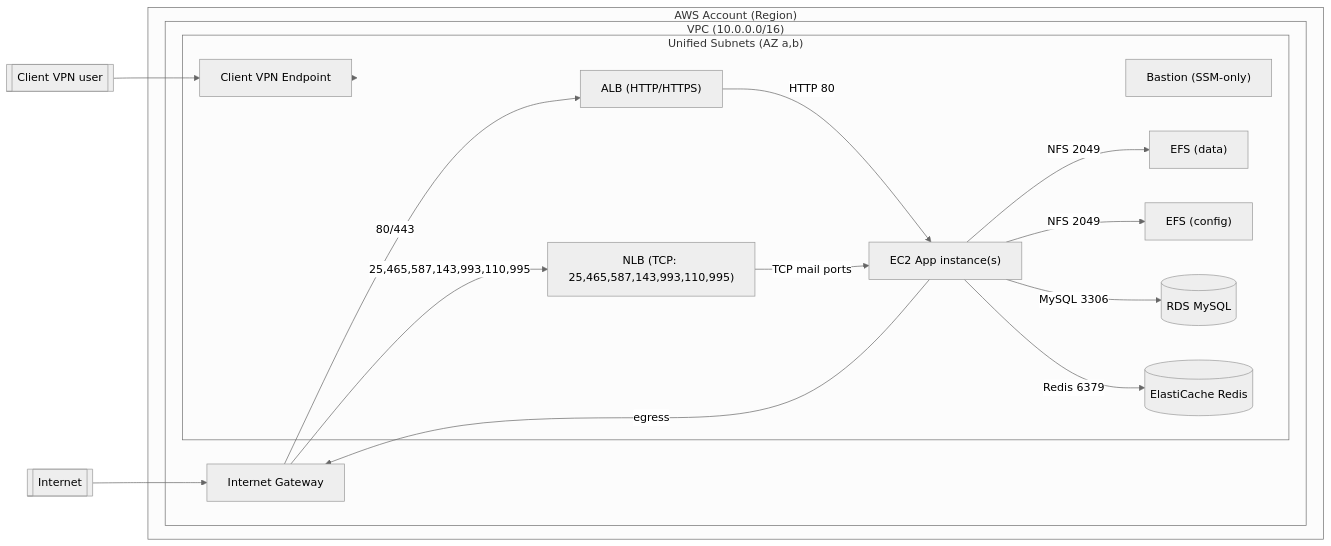
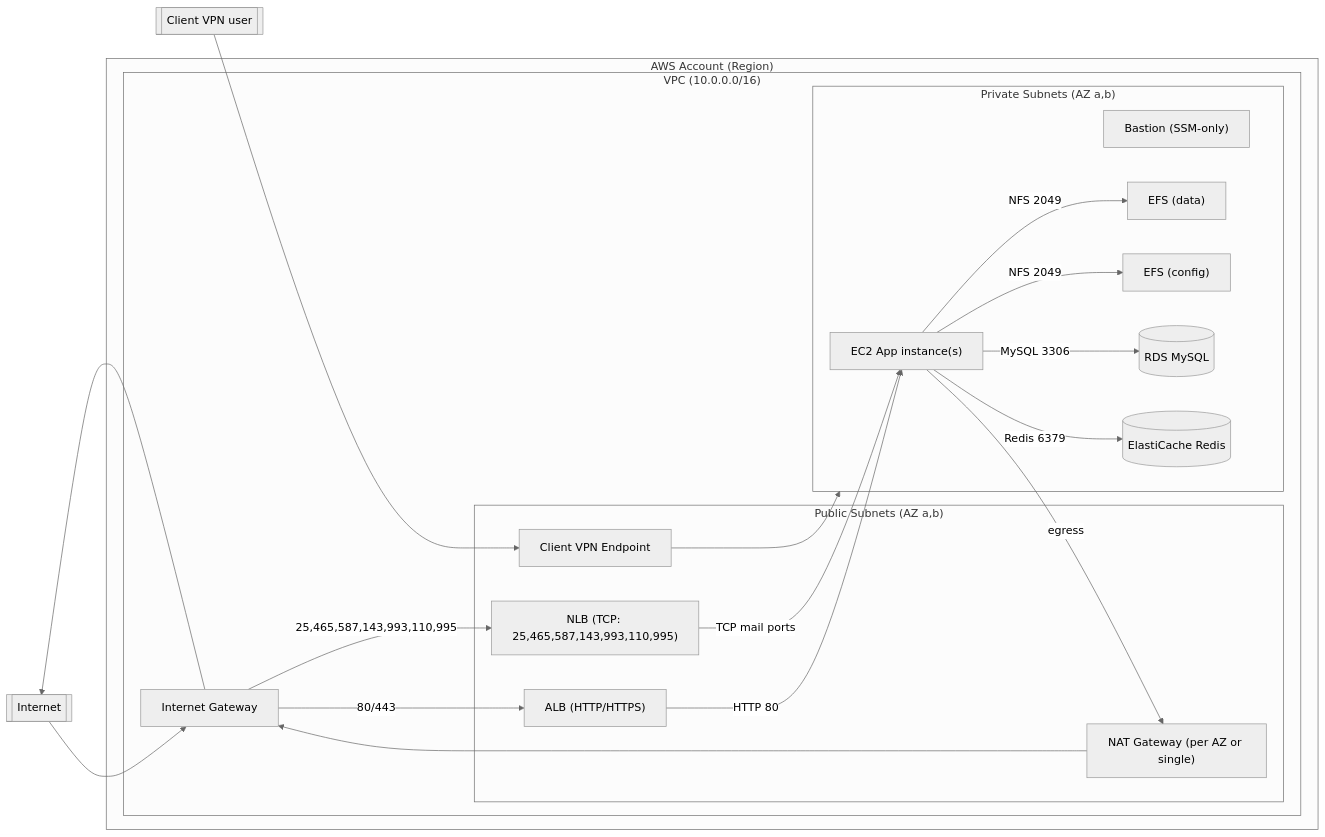
The diagram in ARCHITECTURE.md (spetr/iw-terraform), drawn with Mermaid (neutral theme) before and after one commit. The commit also changed other lines of this file and 9 other files, not shown here.

````diff
--- a/ARCHITECTURE.md
+++ b/ARCHITECTURE.md
@@ -5,44 +5,48 @@
 ```mermaid
 flowchart LR
   Internet[[Internet]]
   Client[[Client VPN user]]
 
   subgraph AWS["AWS Account (Region)"]
     subgraph VPC["VPC (10.0.0.0/16)"]
       IGW["Internet Gateway"]
 
-      subgraph Unified["Unified Subnets (AZ a,b)"]
+      subgraph Public["Public Subnets (AZ a,b)"]
         ALB["ALB (HTTP/HTTPS)"]
         NLB["NLB (TCP: 25,465,587,143,993,110,995)"]
+        NAT["NAT Gateway (per AZ or single)"]
+        CVPN["Client VPN Endpoint"]
+      end
+
+      subgraph Private["Private Subnets (AZ a,b)"]
         EC2["EC2 App instance(s)"]
         Bastion["Bastion (SSM-only)"]
-        CVPN["Client VPN Endpoint"]
         EFS1["EFS (data)"]
         EFS2["EFS (config)"]
         RDS[("RDS MySQL")]
         Redis[("ElastiCache Redis")]
       end
     end
   end
 
   %% Inbound from Internet
   Internet --> IGW
   IGW -->|80/443| ALB
   IGW -->|25,465,587,143,993,110,995| NLB
 
-  %% Load balancers to EC2
+  %% Load balancer to EC2
   ALB -->|HTTP 80| EC2
   NLB -->|TCP mail ports| EC2
 
   %% East-west inside VPC
   EC2 -- "NFS 2049" --> EFS1
   EC2 -- "NFS 2049" --> EFS2
   EC2 -->|"MySQL 3306"| RDS
   EC2 -->|"Redis 6379"| Redis
 
-  %% Egress (no NAT)
-  EC2 -->|egress| IGW
+  %% Egress
+  EC2 -->|egress| NAT --> IGW --> Internet
 
   %% VPN access into VPC
-  Client --> CVPN --> Unified
+  Client --> CVPN --> Private
 ```
````
